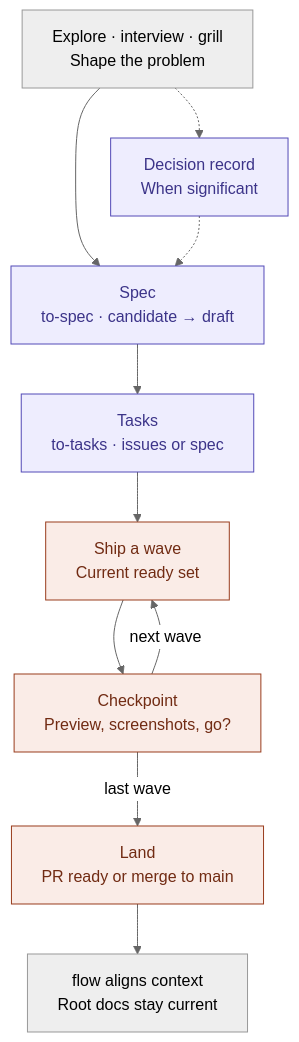
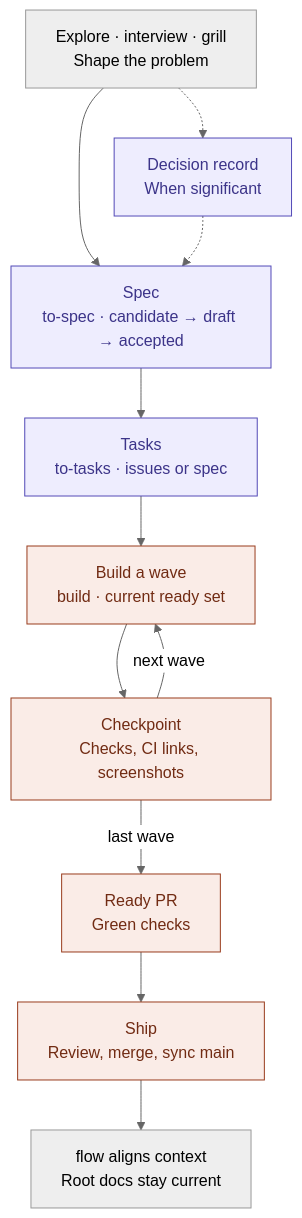
The second of 2 diagrams in README.md (gaboesquivel/flow-skills), drawn with Mermaid (neutral theme) before and after one commit. The commit also changed other lines of this file and 50 other files, not shown here.

First line of the commit message:
feat: build opens the pull request, ship lands accepted work (spec 017) (#78)

````diff
--- a/README.md
+++ b/README.md
@@ -57,21 +57,22 @@
 ```mermaid
 flowchart TB
   explore["Explore · interview · grill<br/>Shape the problem"]
   decision["Decision record<br/>When significant"]
-  spec["Spec<br/>to-spec · candidate → draft"]
+  spec["Spec<br/>to-spec · candidate → draft → accepted"]
   tasks["Tasks<br/>to-tasks · issues or spec"]
-  wave["Ship a wave<br/>Current ready set"]
-  checkpoint["Checkpoint<br/>Preview, screenshots, go?"]
-  land["Land<br/>PR ready or merge to main"]
+  wave["Build a wave<br/>build · current ready set"]
+  checkpoint["Checkpoint<br/>Checks, CI links, screenshots"]
+  ready["Ready PR<br/>Green checks"]
+  land["Ship<br/>Review, merge, sync main"]
   align["flow aligns context<br/>Root docs stay current"]
   explore --> spec
   explore -.-> decision
   decision -.-> spec
   spec --> tasks --> wave --> checkpoint
   checkpoint -- next wave --> wave
-  checkpoint -- last wave --> land --> align
+  checkpoint -- last wave --> ready --> land --> align
   classDef doc fill:#EEEDFE,stroke:#534AB7,color:#3C3489
   classDef run fill:#FAECE7,stroke:#993C1D,color:#712B13
   class decision,spec,tasks doc
-  class wave,checkpoint,land run
+  class wave,checkpoint,ready,land run
 ```
````
